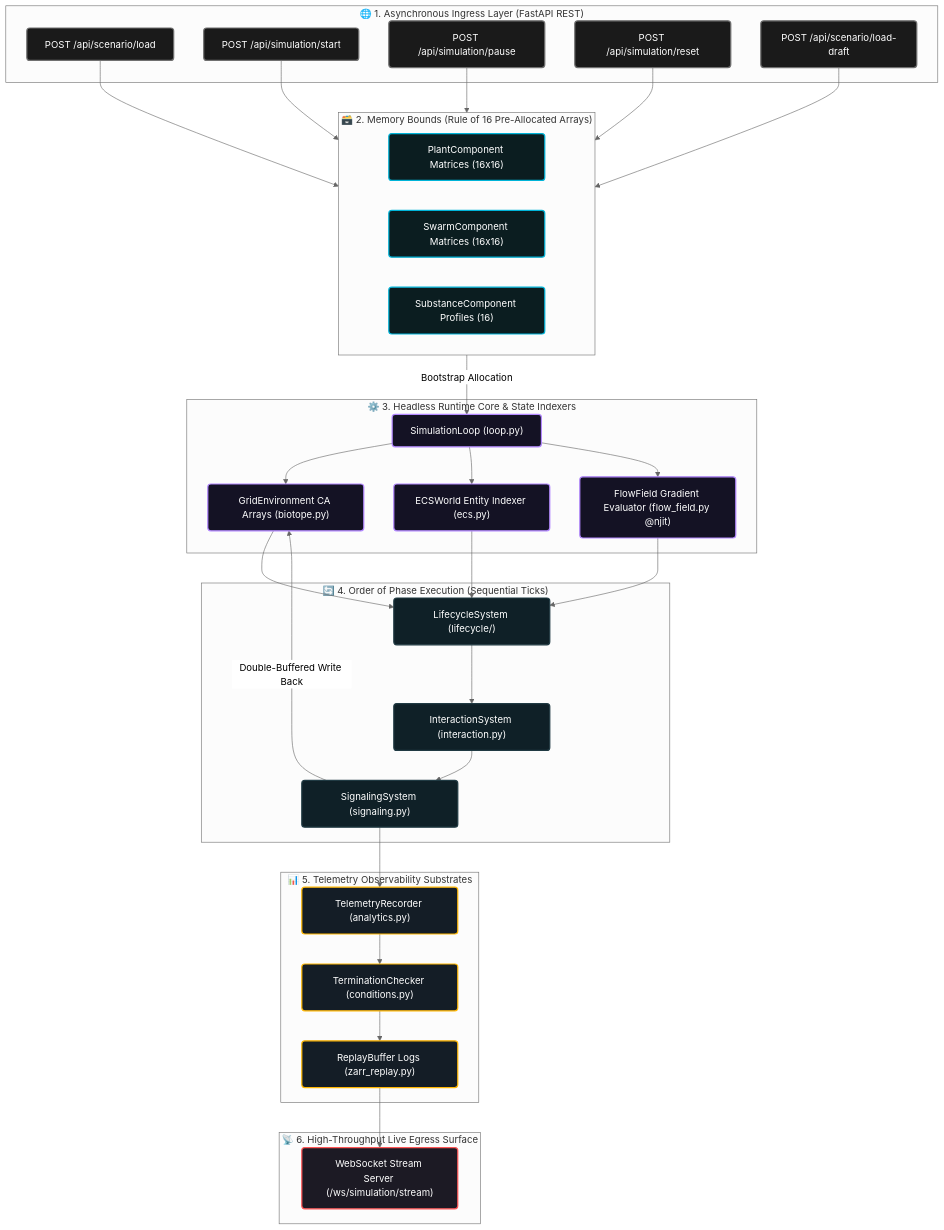
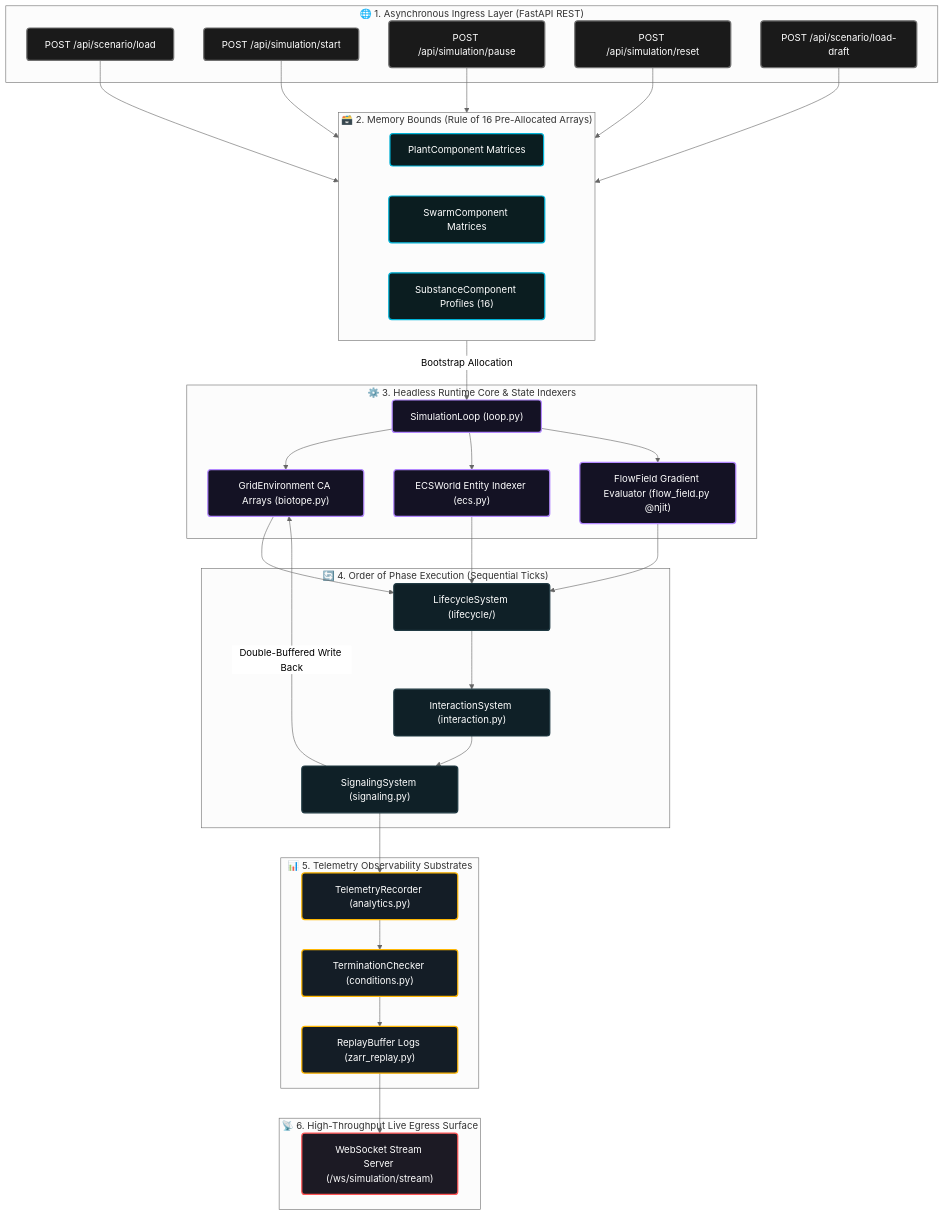
Before and after one commit to foersben/PHIDS: the third of 3 diagrams in docs/technical_architecture/system_architecture.md, drawn with Mermaid (neutral theme). The commit also changed other lines of this file and 2 other files, not shown here.

Commit message:
📜 Canon [Docs Sync]: Update Trigger Matrix docs to reflect active implementation

````diff
--- a/docs/technical_architecture/system_architecture.md
+++ b/docs/technical_architecture/system_architecture.md
@@ -147,75 +147,75 @@
 ```mermaid
 flowchart TD
     %% Style Definitions
     classDef ingressLayer fill:#1a1a1a,stroke:#707070,stroke-width:2px,color:#ffffff,rx:5px,ry:5px;
     classDef dataRegistry fill:#0b1d20,stroke:#00b4d8,stroke-width:2px,color:#ffffff,rx:5px,ry:5px;
     classDef coreEngine fill:#141224,stroke:#b388ff,stroke-width:2px,color:#ffffff,rx:5px,ry:5px;
     classDef pipelineSys fill:#0f2027,stroke:#203a43,stroke-width:2px,color:#ffffff,rx:5px,ry:5px;
     classDef storageTelemetry fill:#141d26,stroke:#ffb703,stroke-width:2px,color:#ffffff,rx:5px,ry:5px;
     classDef egressLayer fill:#1c1a24,stroke:#ff5555,stroke-width:2px,color:#ffffff,rx:5px,ry:5px;
 
     %% 1. Ingress Layer
     subgraph Ingress_Layer ["🌐 1. Asynchronous Ingress Layer (FastAPI REST)"]
         A1["POST /api/scenario/load"]
         A2["POST /api/simulation/start"]
         A3["POST /api/simulation/pause"]
         A4["POST /api/simulation/reset"]
         A5["POST /api/scenario/load-draft"]
     end
 
     %% 2. System Pre-Allocation Bounds (Rule of 16)
     subgraph Component_Registry ["🗃️ 2. Memory Bounds (Rule of 16 Pre-Allocated Arrays)"]
-        PC["PlantComponent Matrices (16x16)"]
-        SC["SwarmComponent Matrices (16x16)"]
+        PC["PlantComponent Matrices"]
+        SC["SwarmComponent Matrices"]
         SUB["SubstanceComponent Profiles (16)"]
     end
 
     %% 3. Engine Core
     subgraph Engine_Core ["⚙️ 3. Headless Runtime Core & State Indexers"]
         L["SimulationLoop (loop.py)"]
         BIO["GridEnvironment CA Arrays (biotope.py)"]
         ECS["ECSWorld Entity Indexer (ecs.py)"]
         FF["FlowField Gradient Evaluator (flow_field.py @njit)"]
     end
 
     %% 4. Execution Pipeline Sequence
     subgraph Pipeline_Systems ["🔄 4. Order of Phase Execution (Sequential Ticks)"]
         LC["LifecycleSystem (lifecycle/)"]
         INT["InteractionSystem (interaction.py)"]
         SIG["SignalingSystem (signaling.py)"]
         
         LC --> INT --> SIG
     end
 
     %% 5. Analytics & Checkpointing
     subgraph Data_Analytics ["📊 5. Telemetry Observability Substrates"]
         AN["TelemetryRecorder (analytics.py)"]
         COND["TerminationChecker (conditions.py)"]
         REP["ReplayBuffer Logs (zarr_replay.py)"]
     end
 
     %% 6. Output Egress
     subgraph Egress_Layer ["📡 6. High-Throughput Live Egress Surface"]
         A6["WebSocket Stream Server (/ws/simulation/stream)"]
     end
 
     %% Straight Vertical Pipeline Flows
     A1 & A2 & A3 & A4 & A5 --> Component_Registry
     Component_Registry -->|Bootstrap Allocation| L
     
     L --> BIO & ECS & FF
     BIO & ECS & FF --> LC
     
     SIG -->|Double-Buffered Write Back| BIO
     SIG --> AN
     
     AN --> COND --> REP --> A6
 
     %% Style Assignments
     class A1,A2,A3,A4,A5 ingressLayer;
     class PC,SC,SUB dataRegistry;
     class L,BIO,ECS,FF coreEngine;
     class LC,INT,SIG pipelineSys;
     class AN,COND,REP storageTelemetry;
     class A6 egressLayer;
 ```
````
